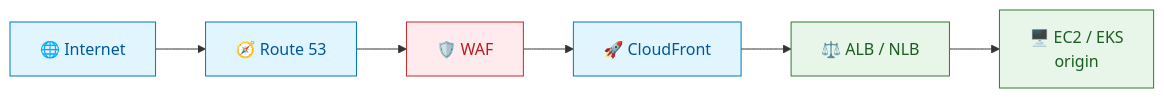
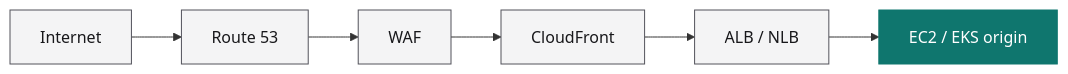
The second of 2 diagrams in README.md (grey-techstack/aws-network-ops-agent), drawn with Mermaid before and after one commit. The commit also changed other lines of this file, not shown here.

````diff
--- a/README.md
+++ b/README.md
@@ -73,18 +64,16 @@
 ```mermaid
 flowchart LR
-    NET["🌐 Internet"]
-    R53["🧭 Route 53"]
-    WAF["🛡️ WAF"]
-    CF["🚀 CloudFront"]
-    ALB["⚖️ ALB / NLB"]
-    ORIG["🖥️ EC2 / EKS<br/>origin"]
+    NET["Internet"]
+    R53["Route 53"]
+    WAF["WAF"]
+    CF["CloudFront"]
+    ALB["ALB / NLB"]
+    ORIG["EC2 / EKS origin"]
 
     NET --> R53 --> WAF --> CF --> ALB --> ORIG
 
-    classDef edge fill:#E1F5FE,stroke:#0277BD,color:#01579B;
-    classDef sec fill:#FFEBEE,stroke:#C62828,color:#B71C1C;
-    classDef origin fill:#E8F5E9,stroke:#2E7D32,color:#1B5E20;
-    class NET,R53,CF edge;
-    class WAF sec;
-    class ALB,ORIG origin;
+    classDef base fill:#F4F4F5,stroke:#52525B,color:#18181B;
+    classDef term fill:#0F766E,stroke:#0F766E,color:#FFFFFF;
+    class NET,R53,WAF,CF,ALB base;
+    class ORIG term;
 ```
````
